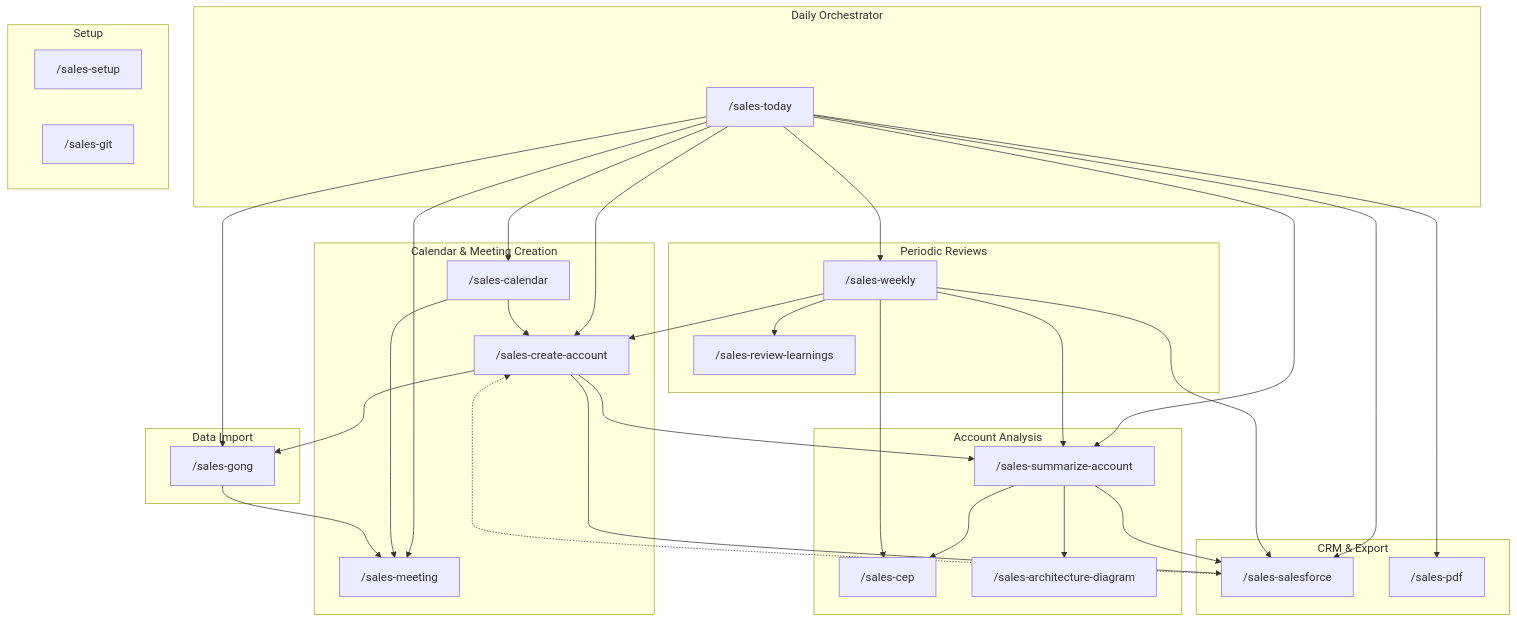
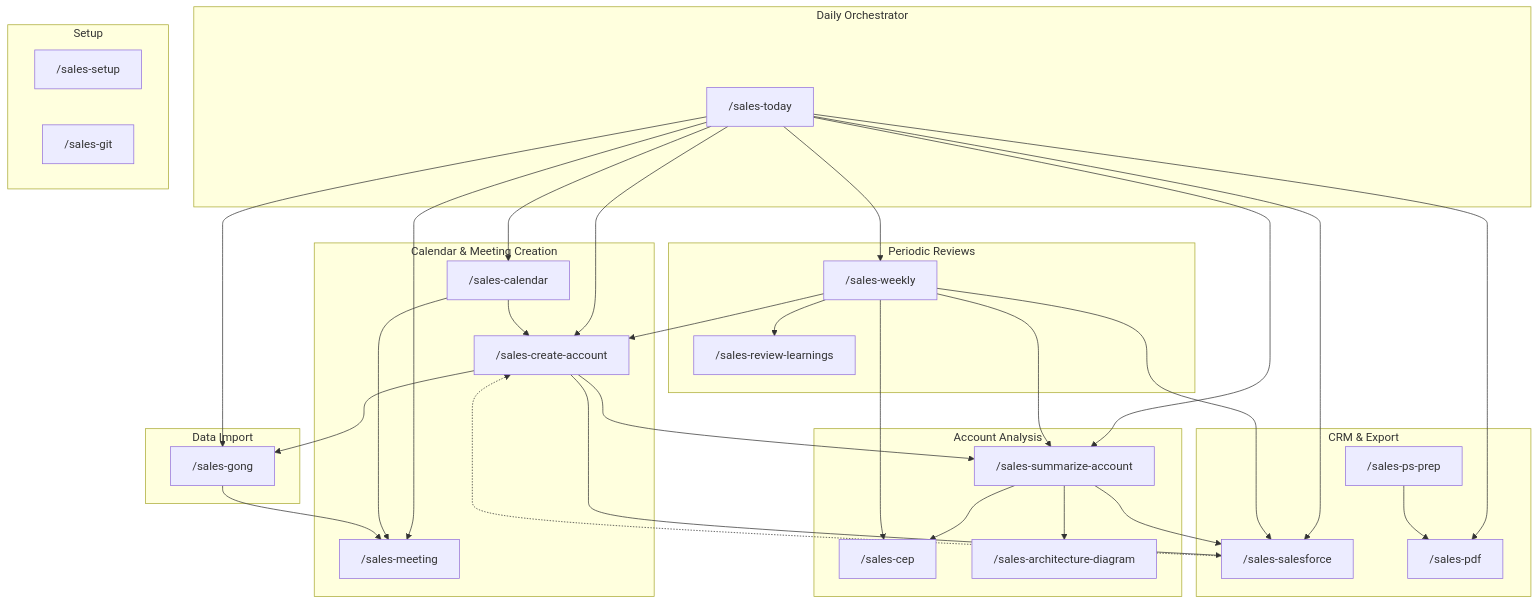
Before and after one commit to yeutterg/claude-code-sales-skills: the first of 3 diagrams in README.md, drawn with Mermaid. The commit also changed other lines of this file and 2 other files, not shown here.

First line of the commit message:
sync: feat: add /sales-ps-prep skill for SA/PS prep docs

````diff
--- a/README.md
+++ b/README.md
@@ -147,62 +155,64 @@
 ```mermaid
 graph TD
     subgraph "Daily Orchestrator"
         today["/sales-today"]
     end
 
     subgraph "Calendar & Meeting Creation"
         calendar["/sales-calendar"]
         meeting["/sales-meeting"]
         create["/sales-create-account"]
     end
 
     subgraph "Data Import"
         gong["/sales-gong"]
     end
 
     subgraph "Account Analysis"
         summarize["/sales-summarize-account"]
         cep["/sales-cep"]
         archdiag["/sales-architecture-diagram"]
     end
 
     subgraph "CRM & Export"
         salesforce["/sales-salesforce"]
         pdf["/sales-pdf"]
+        psprep["/sales-ps-prep"]
     end
 
     subgraph "Periodic Reviews"
         weekly["/sales-weekly"]
         review["/sales-review-learnings"]
     end
 
     subgraph "Setup"
         setup["/sales-setup"]
         git["/sales-git"]
     end
 
     today --> calendar
     today --> meeting
     today --> gong
     today --> summarize
     today --> salesforce
     today --> create
     today --> weekly
     today --> pdf
 
     calendar --> meeting
     calendar --> create
     create --> salesforce
     create --> gong
     create --> summarize
     gong --> meeting
     summarize --> cep
     summarize --> archdiag
     summarize --> salesforce
     salesforce -.-> create
     weekly --> summarize
     weekly --> salesforce
     weekly --> cep
     weekly --> create
     weekly --> review
+    psprep --> pdf
 ```
````
